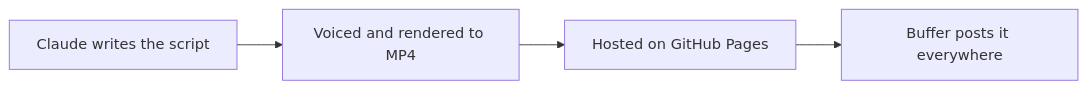
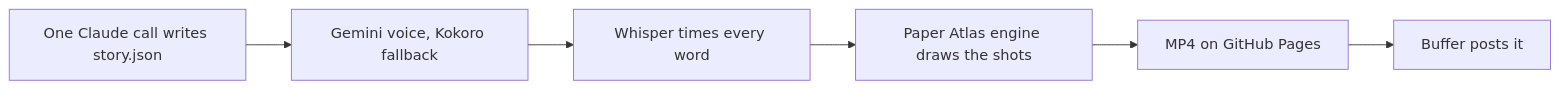
The diagram in README.md (Akashno/untold-files), drawn with Mermaid before and after one commit. The commit also changed other lines of this file and 90 other files, not shown here.

First line of the commit message:
Turn the repo into Untold Files: one true story a day in a cut-paper style

````diff
--- a/README.md
+++ b/README.md
@@ -7,6 +6,8 @@
 ```mermaid
 flowchart LR
-  A[Claude writes the script] --> B[Voiced and rendered to MP4]
-  B --> C[Hosted on GitHub Pages]
-  C --> D[Buffer posts it everywhere]
+  A[One Claude call writes story.json] --> B[Gemini voice, Kokoro fallback]
+  B --> C[Whisper times every word]
+  C --> D[Paper Atlas engine draws the shots]
+  D --> E[MP4 on GitHub Pages]
+  E --> F[Buffer posts it]
 ```
````
